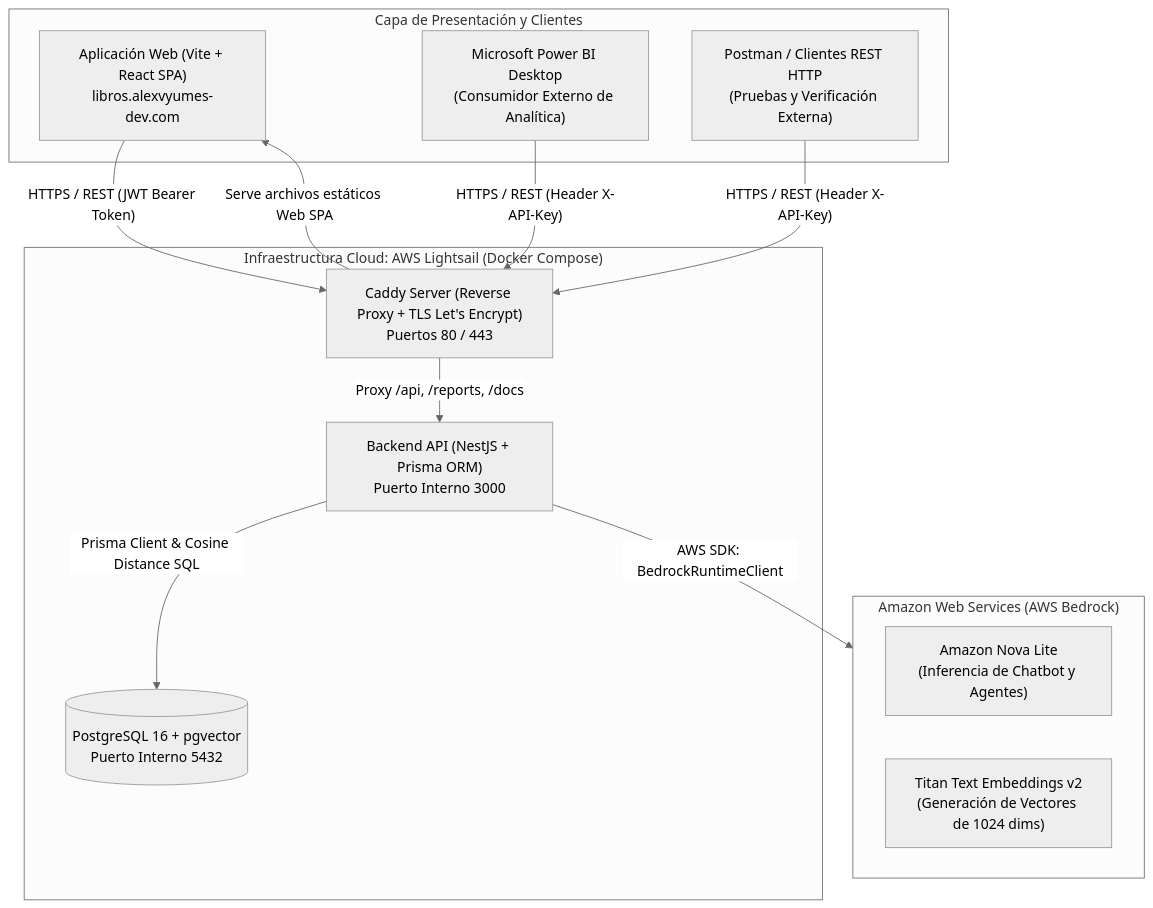
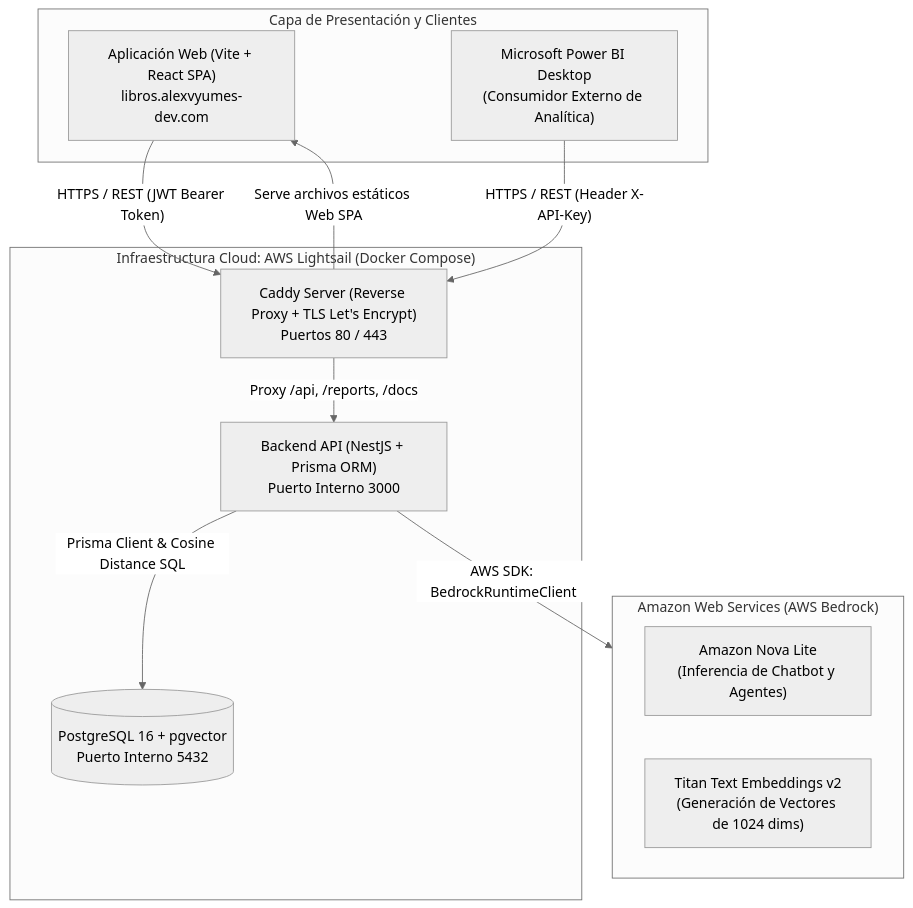
Before and after one commit to Alexter2003/libros-ai: the first of 2 diagrams in docs/INFORME_PROYECTO_FINAL.md, drawn with Mermaid (neutral theme). The commit also changed other lines of this file, not shown here.

Commit message:
docs: remove Postman references and reinforce Swagger as sole API doc

````diff
--- a/docs/INFORME_PROYECTO_FINAL.md
+++ b/docs/INFORME_PROYECTO_FINAL.md
@@ -47,29 +47,27 @@
 ```mermaid
 flowchart TD
     subgraph Clientes["Capa de Presentación y Clientes"]
         Web["Aplicación Web (Vite + React SPA)\nlibros.alexvyumes-dev.com"]
         PBI["Microsoft Power BI Desktop\n(Consumidor Externo de Analítica)"]
-        Postman["Postman / Clientes REST HTTP\n(Pruebas y Verificación Externa)"]
     end
 
     subgraph Hosting["Infraestructura Cloud: AWS Lightsail (Docker Compose)"]
         Caddy["Caddy Server (Reverse Proxy + TLS Let's Encrypt)\nPuertos 80 / 443"]
         API["Backend API (NestJS + Prisma ORM)\nPuerto Interno 3000"]
         DB[("PostgreSQL 16 + pgvector\nPuerto Interno 5432")]
     end
 
     subgraph Bedrock["Amazon Web Services (AWS Bedrock)"]
         Nova["Amazon Nova Lite\n(Inferencia de Chatbot y Agentes)"]
         Titan["Titan Text Embeddings v2\n(Generación de Vectores de 1024 dims)"]
     end
 
     Web -->|"HTTPS / REST (JWT Bearer Token)"| Caddy
     PBI -->|"HTTPS / REST (Header X-API-Key)"| Caddy
-    Postman -->|"HTTPS / REST (Header X-API-Key)"| Caddy
 
     Caddy -->|"Proxy /api, /reports, /docs"| API
     Caddy -->|"Serve archivos estáticos Web SPA"| Web
 
     API -->|"Prisma Client & Cosine Distance SQL"| DB
     API -->|"AWS SDK: BedrockRuntimeClient"| Bedrock
 ```
````
